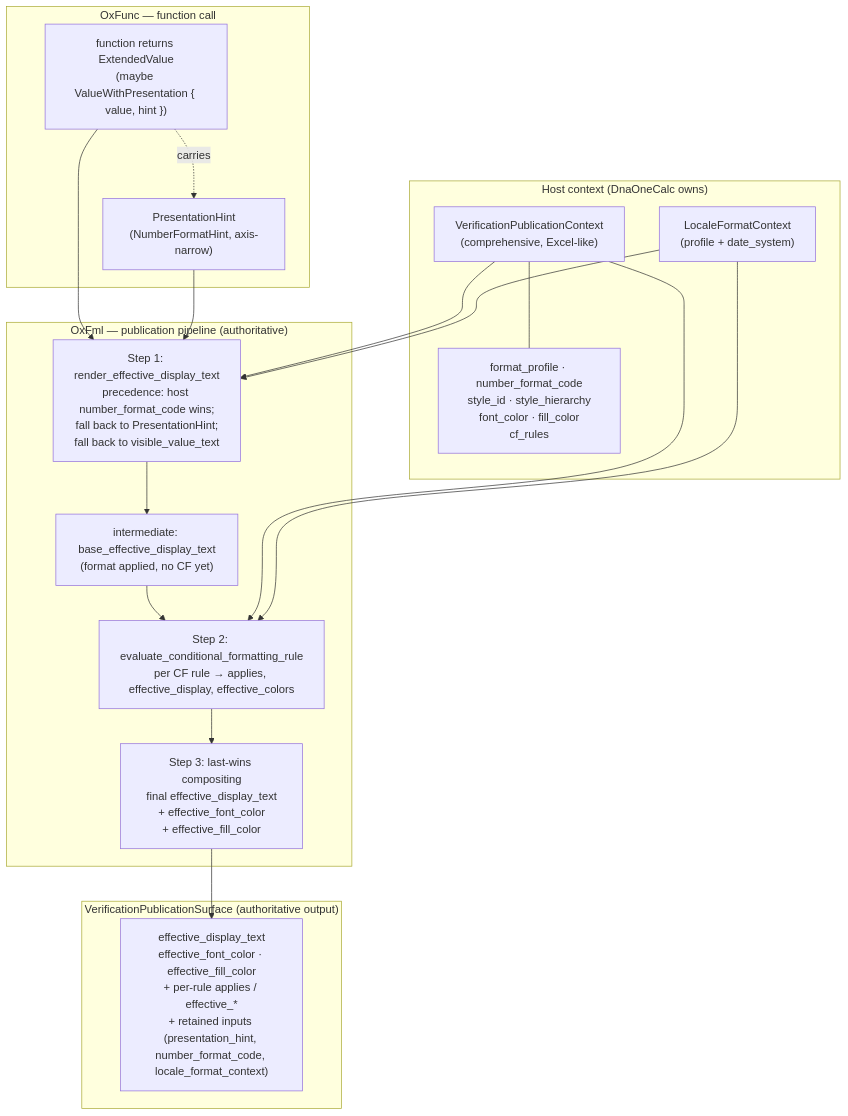
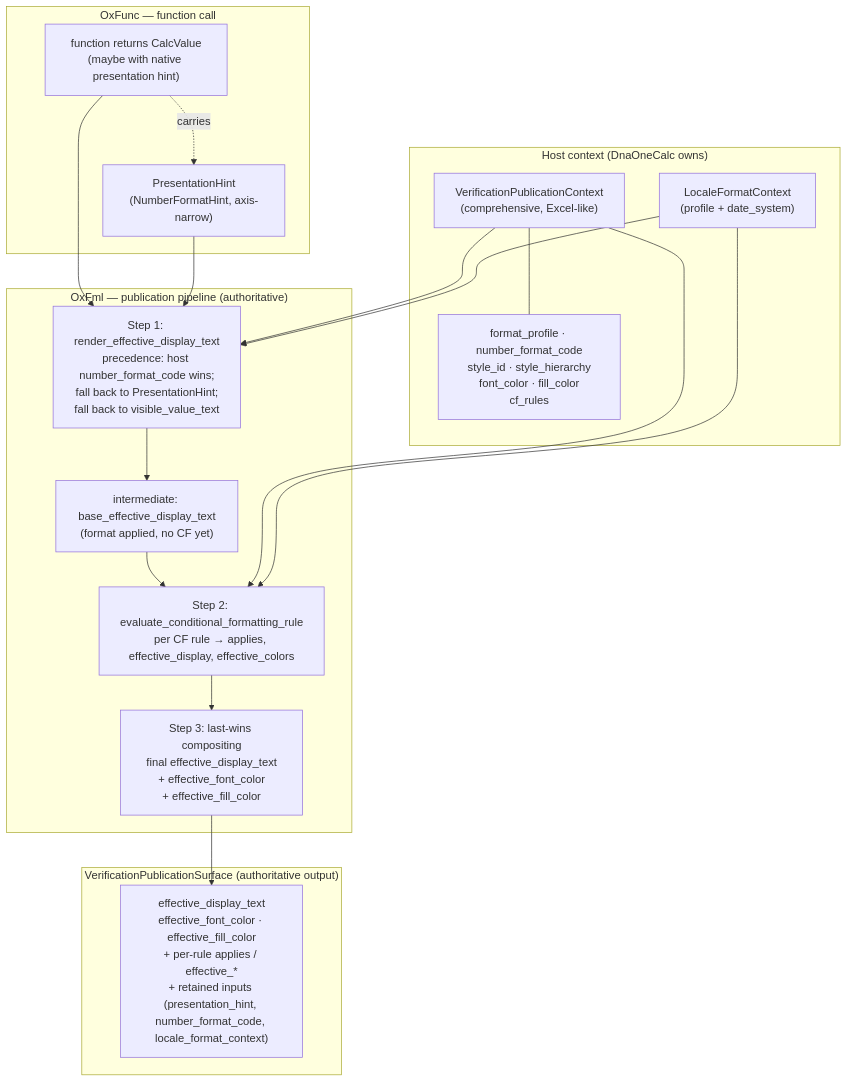
The second of 6 diagrams in docs/APP_UX_REALIZATION.md (DnaCalc/DnaOneCalc), drawn with Mermaid before and after one commit. The commit also changed other lines of this file and 40 other files, not shown here.

First line of the commit message:
Resync OneCalc host onto native OxFml

````diff
--- a/docs/APP_UX_REALIZATION.md
+++ b/docs/APP_UX_REALIZATION.md
@@ -138,35 +138,35 @@
 ```mermaid
 flowchart TB
   subgraph oxfunc["OxFunc — function call"]
-    fnret["function returns ExtendedValue<br/>(maybe ValueWithPresentation { value, hint })"]
+    fnret["function returns CalcValue<br/>(maybe with native presentation hint)"]
     hint["PresentationHint<br/>(NumberFormatHint, axis-narrow)"]
     fnret -. carries .-> hint
   end
 
   subgraph host["Host context (DnaOneCalc owns)"]
     pubctx["VerificationPublicationContext<br/>(comprehensive, Excel-like)"]
     pubctx_fields["format_profile · number_format_code<br/>style_id · style_hierarchy<br/>font_color · fill_color<br/>cf_rules"]
     pubctx --- pubctx_fields
     locale["LocaleFormatContext<br/>(profile + date_system)"]
   end
 
   subgraph oxfml["OxFml — publication pipeline (authoritative)"]
     s1["Step 1: render_effective_display_text<br/>precedence: host number_format_code wins;<br/>fall back to PresentationHint;<br/>fall back to visible_value_text"]
     s2["intermediate: base_effective_display_text<br/>(format applied, no CF yet)"]
     s3["Step 2: evaluate_conditional_formatting_rule<br/>per CF rule → applies, effective_display, effective_colors"]
     s4["Step 3: last-wins compositing<br/>final effective_display_text<br/>+ effective_font_color<br/>+ effective_fill_color"]
     s1 --> s2 --> s3 --> s4
   end
 
   subgraph result["VerificationPublicationSurface (authoritative output)"]
     out["effective_display_text<br/>effective_font_color · effective_fill_color<br/>+ per-rule applies / effective_*<br/>+ retained inputs (presentation_hint, number_format_code, locale_format_context)"]
   end
 
   fnret --> s1
   hint --> s1
   pubctx --> s1
   pubctx --> s3
   locale --> s1
   locale --> s3
   s4 --> out
 ```
````
